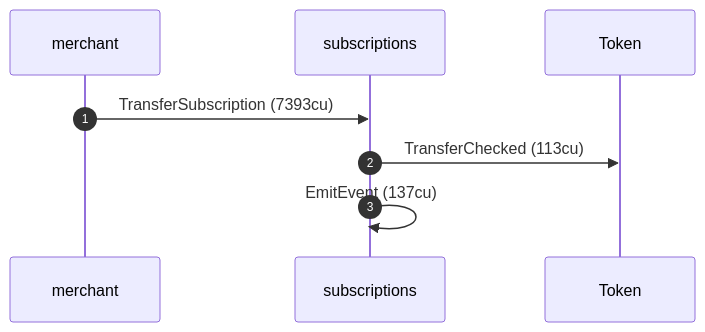
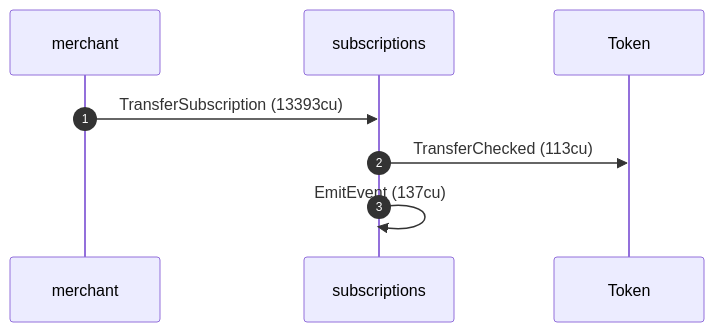
One commit to cds-rs/subscriptions changed the ninth of 12 diagrams in dsl_tests/transfer-subscription--a-whitelisted-destination-is-allowed.md. Above: the diagram before and after it, drawn with Mermaid. The commit also changed other lines of this file and 224 other files, not shown here.

````diff
--- a/dsl_tests/transfer-subscription--a-whitelisted-destination-is-allowed.md
+++ b/dsl_tests/transfer-subscription--a-whitelisted-destination-is-allowed.md
@@ -176,10 +185,10 @@
 ```mermaid
 sequenceDiagram
     autonumber
     participant merchant
     participant subscriptions
     participant Token
-    merchant ->> subscriptions: TransferSubscription (7393cu)
+    merchant ->> subscriptions: TransferSubscription (13393cu)
     subscriptions ->> Token: TransferChecked (113cu)
     subscriptions ->> subscriptions: EmitEvent (137cu)
 ```
````
